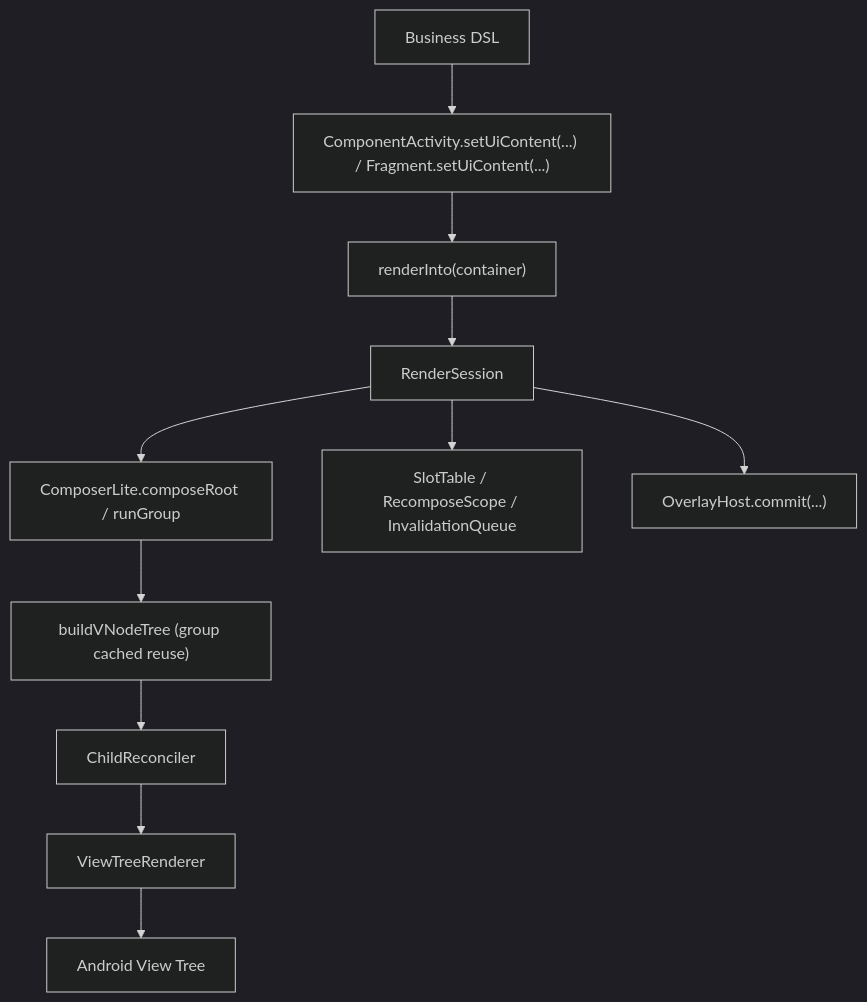
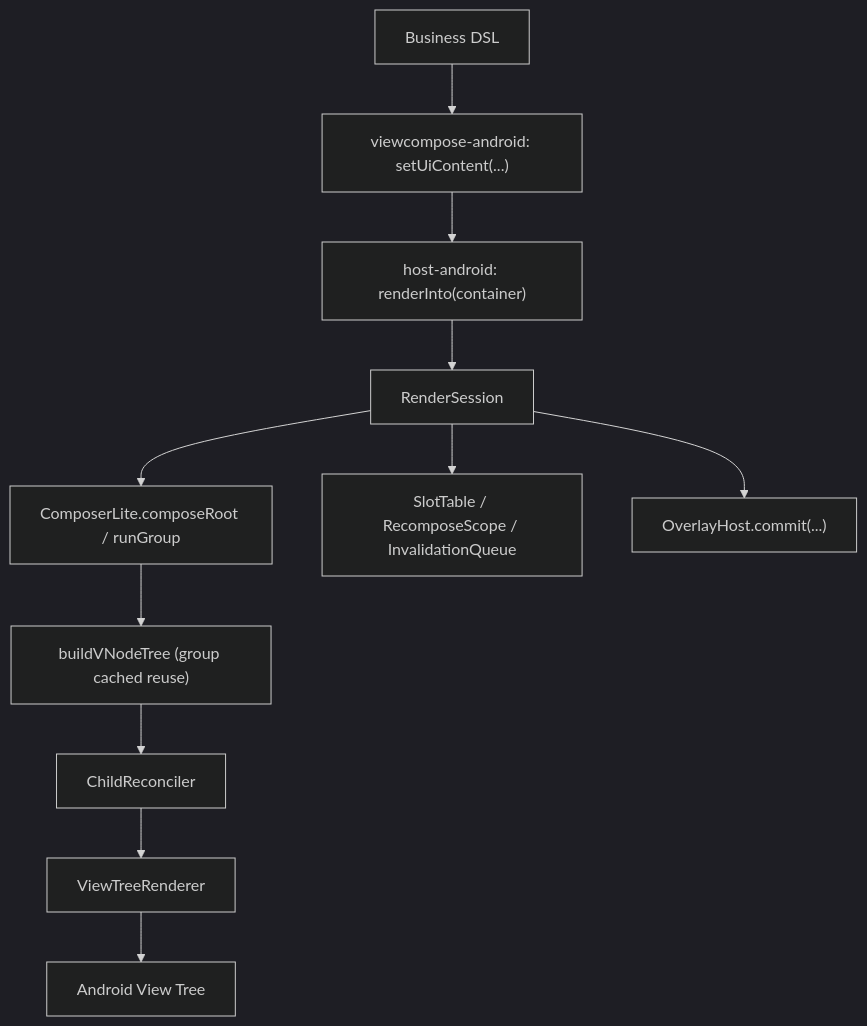
The diagram in docs/architecture/overview.md (ViewCompose/ViewCompose), drawn with Mermaid (dark theme) before and after one commit. The commit also changed other lines of this file and 963 other files, not shown here.

First line of the commit message:
refactor: enforce five-layer module architecture (#78)

````diff
--- a/docs/architecture/overview.md
+++ b/docs/architecture/overview.md
@@ -112,13 +139,13 @@
 ```mermaid
 flowchart TD
-    A["Business DSL"] --> B["ComponentActivity.setUiContent(...) / Fragment.setUiContent(...)"]
-    B --> C["renderInto(container)"]
+    A["Business DSL"] --> B["viewcompose-android: setUiContent(...)"]
+    B --> C["host-android: renderInto(container)"]
     C --> D["RenderSession"]
     D --> E["ComposerLite.composeRoot / runGroup"]
     E --> F["buildVNodeTree (group cached reuse)"]
     F --> G["ChildReconciler"]
     G --> H["ViewTreeRenderer"]
     H --> I["Android View Tree"]
     D --> J["SlotTable / RecomposeScope / InvalidationQueue"]
     D --> K["OverlayHost.commit(...)"]
 ```
````
